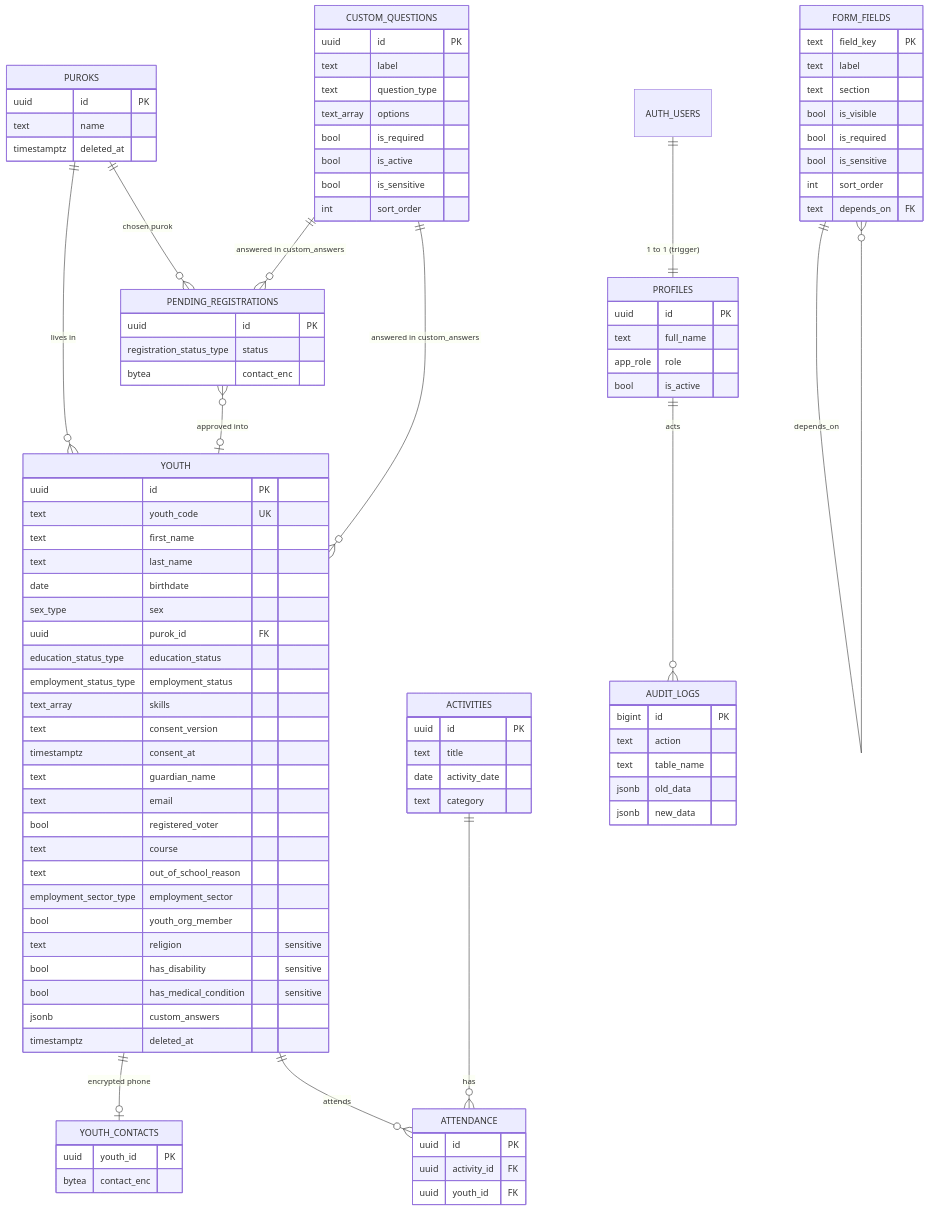
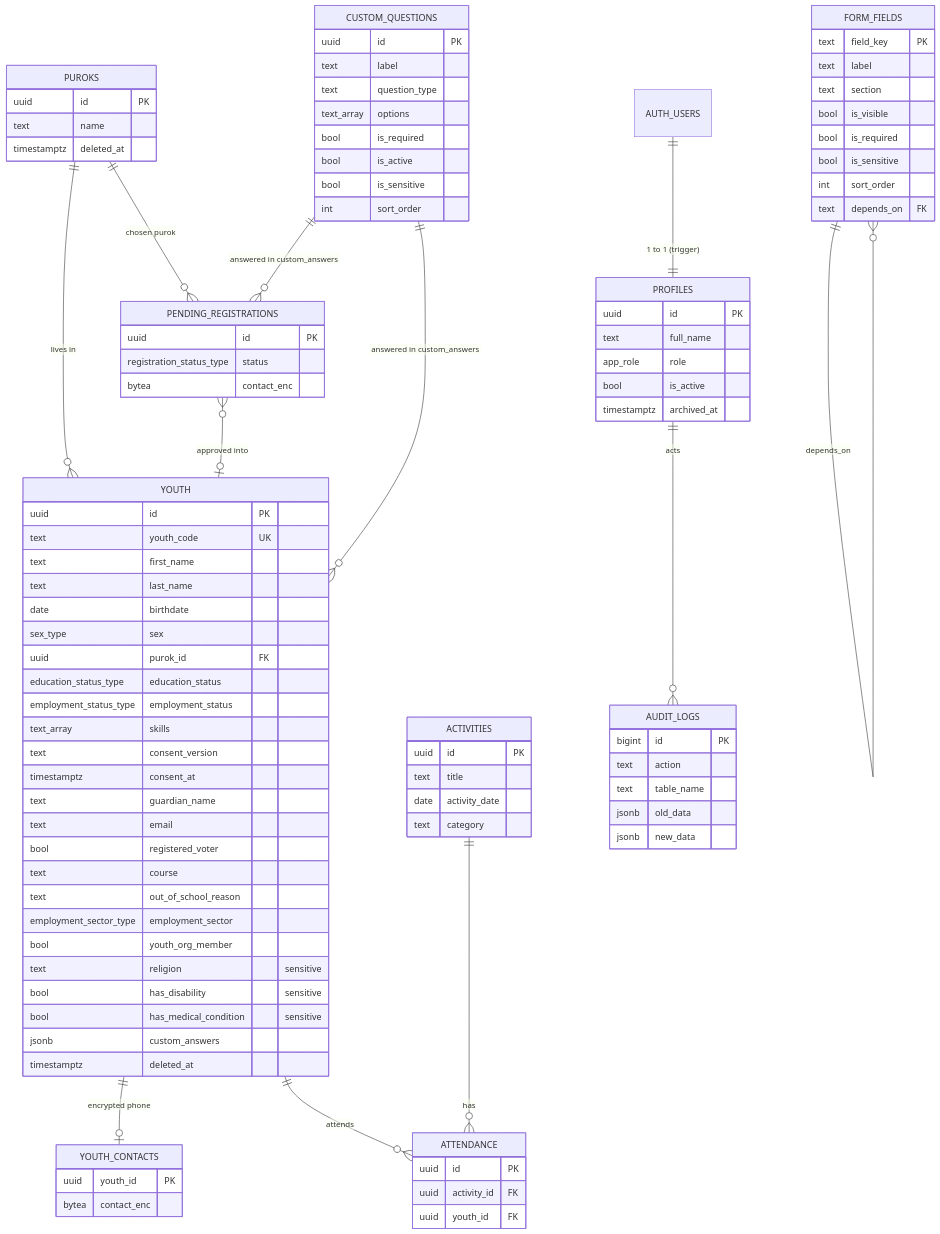
The diagram in docs/02-database-erd.md (ginsemanero-alt/kk-youth), drawn with Mermaid before and after one commit. The commit also changed other lines of this file and 12 other files, not shown here.

````diff
--- a/docs/02-database-erd.md
+++ b/docs/02-database-erd.md
@@ -7,50 +7,50 @@
 ```mermaid
 erDiagram
   AUTH_USERS ||--|| PROFILES : "1 to 1 (trigger)"
   PUROKS ||--o{ YOUTH : "lives in"
   YOUTH ||--o| YOUTH_CONTACTS : "encrypted phone"
   YOUTH ||--o{ ATTENDANCE : attends
   ACTIVITIES ||--o{ ATTENDANCE : has
   PUROKS ||--o{ PENDING_REGISTRATIONS : "chosen purok"
   PENDING_REGISTRATIONS }o--o| YOUTH : "approved into"
   PROFILES ||--o{ AUDIT_LOGS : "acts"
   FORM_FIELDS ||--o{ FORM_FIELDS : "depends_on"
   CUSTOM_QUESTIONS ||--o{ YOUTH : "answered in custom_answers"
   CUSTOM_QUESTIONS ||--o{ PENDING_REGISTRATIONS : "answered in custom_answers"
 
-  PROFILES { uuid id PK text full_name app_role role bool is_active }
+  PROFILES { uuid id PK text full_name app_role role bool is_active timestamptz archived_at }
   PUROKS { uuid id PK text name timestamptz deleted_at }
   YOUTH {
     uuid id PK
     text youth_code UK
     text first_name
     text last_name
     date birthdate
     sex_type sex
     uuid purok_id FK
     education_status_type education_status
     employment_status_type employment_status
     text_array skills
     text consent_version
     timestamptz consent_at
     text guardian_name
     text email
     bool registered_voter
     text course
     text out_of_school_reason
     employment_sector_type employment_sector
     bool youth_org_member
     text religion "sensitive"
     bool has_disability "sensitive"
     bool has_medical_condition "sensitive"
     jsonb custom_answers
     timestamptz deleted_at
   }
   CUSTOM_QUESTIONS { uuid id PK text label text question_type text_array options bool is_required bool is_active bool is_sensitive int sort_order }
   FORM_FIELDS { text field_key PK text label text section bool is_visible bool is_required bool is_sensitive int sort_order text depends_on FK }
   YOUTH_CONTACTS { uuid youth_id PK bytea contact_enc }
   ACTIVITIES { uuid id PK text title date activity_date text category }
   ATTENDANCE { uuid id PK uuid activity_id FK uuid youth_id FK }
   PENDING_REGISTRATIONS { uuid id PK registration_status_type status bytea contact_enc }
   AUDIT_LOGS { bigint id PK text action text table_name jsonb old_data jsonb new_data }
 ```
````
